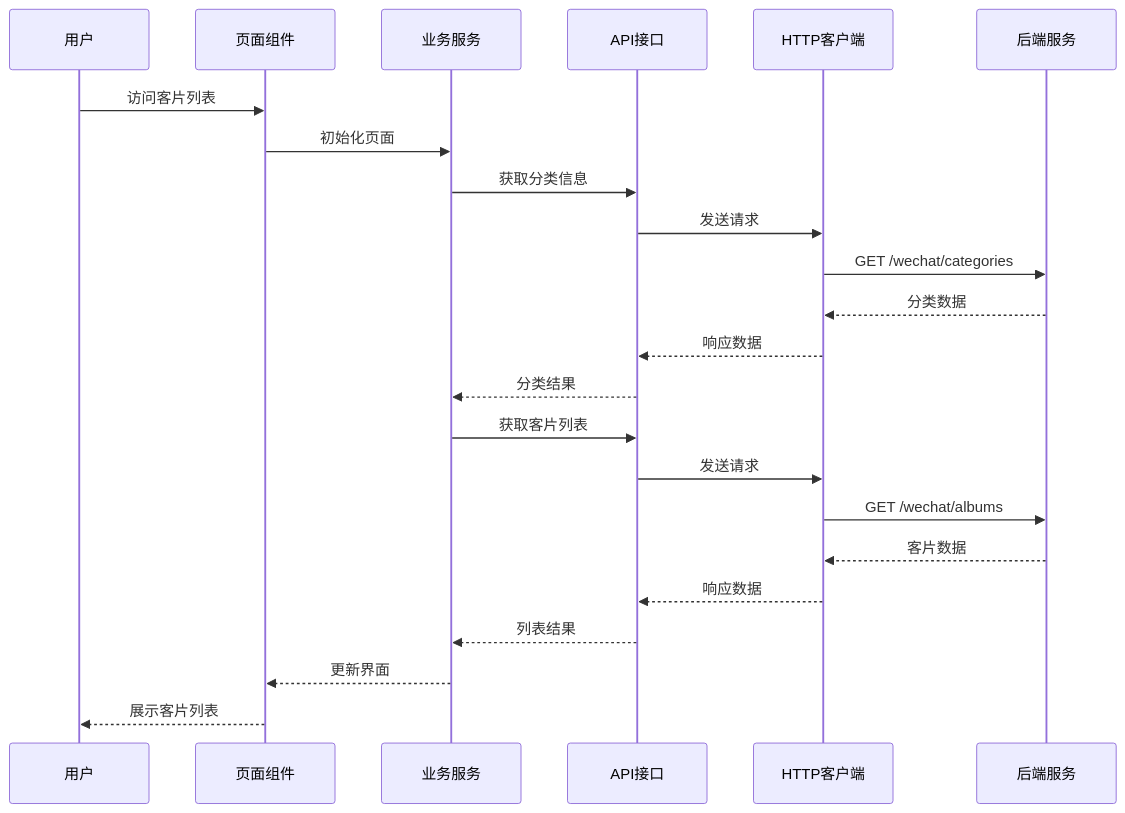
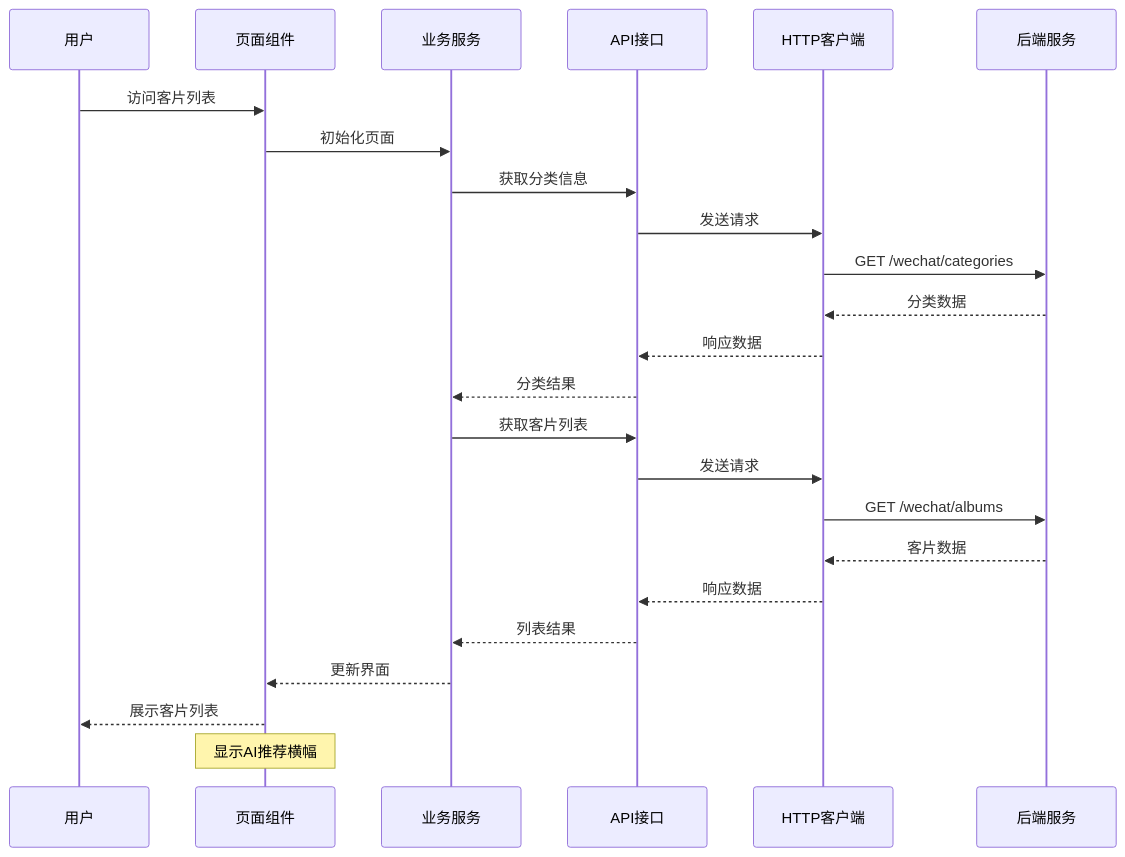
Before and after one commit to crazyma99/blueberry: the fourth of 11 diagrams in .qoder/repowiki/zh/content/核心功能模块/客片管理系统/客片列表展示/客片列表展示.md, drawn with Mermaid. The commit also changed other lines of this file and 79 other files, not shown here.

````diff
--- a/.qoder/repowiki/zh/content/核心功能模块/客片管理系统/客片列表展示/客片列表展示.md
+++ b/.qoder/repowiki/zh/content/核心功能模块/客片管理系统/客片列表展示/客片列表展示.md
@@ -199,25 +226,26 @@
 ```mermaid
 sequenceDiagram
 participant User as 用户
 participant Page as 页面组件
 participant Service as 业务服务
 participant API as API接口
 participant HTTP as HTTP客户端
 participant Backend as 后端服务
 User->>Page : 访问客片列表
 Page->>Service : 初始化页面
 Service->>API : 获取分类信息
 API->>HTTP : 发送请求
 HTTP->>Backend : GET /wechat/categories
 Backend-->>HTTP : 分类数据
 HTTP-->>API : 响应数据
 API-->>Service : 分类结果
 Service->>API : 获取客片列表
 API->>HTTP : 发送请求
 HTTP->>Backend : GET /wechat/albums
 Backend-->>HTTP : 客片数据
 HTTP-->>API : 响应数据
 API-->>Service : 列表结果
 Service-->>Page : 更新界面
 Page-->>User : 展示客片列表
+Note over Page : 显示AI推荐横幅
 ```
````
